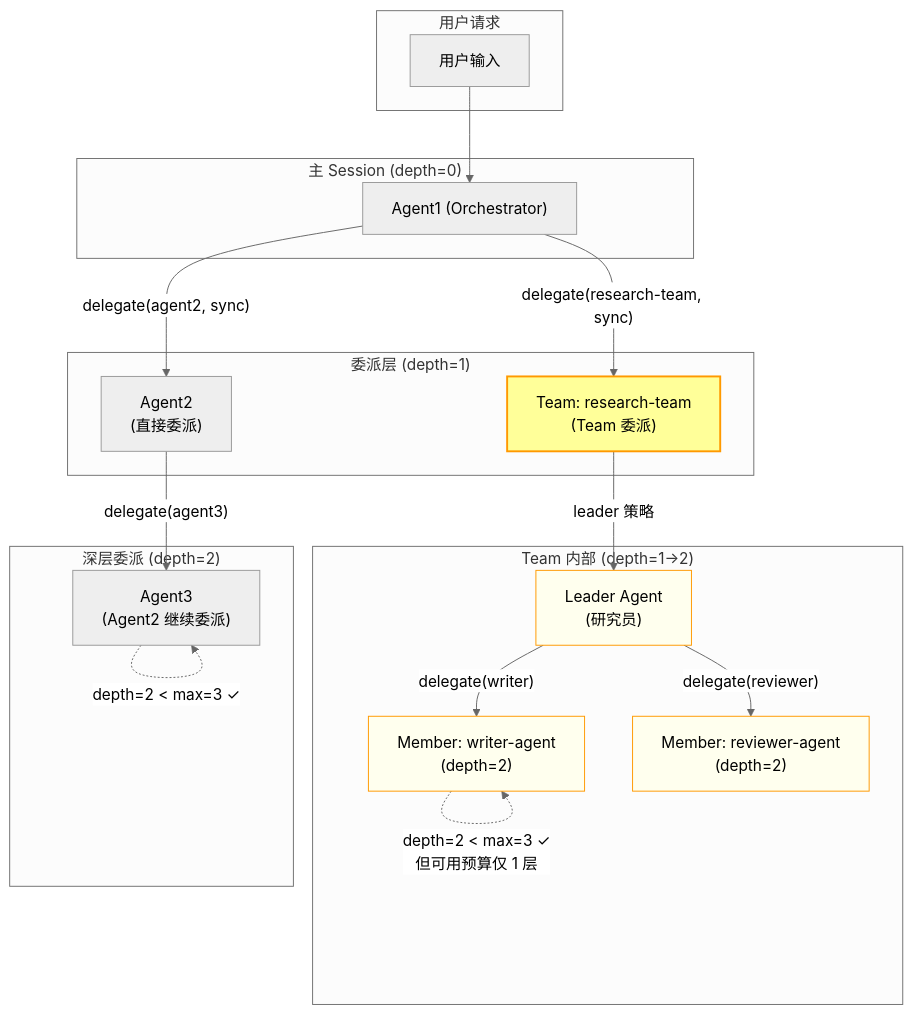
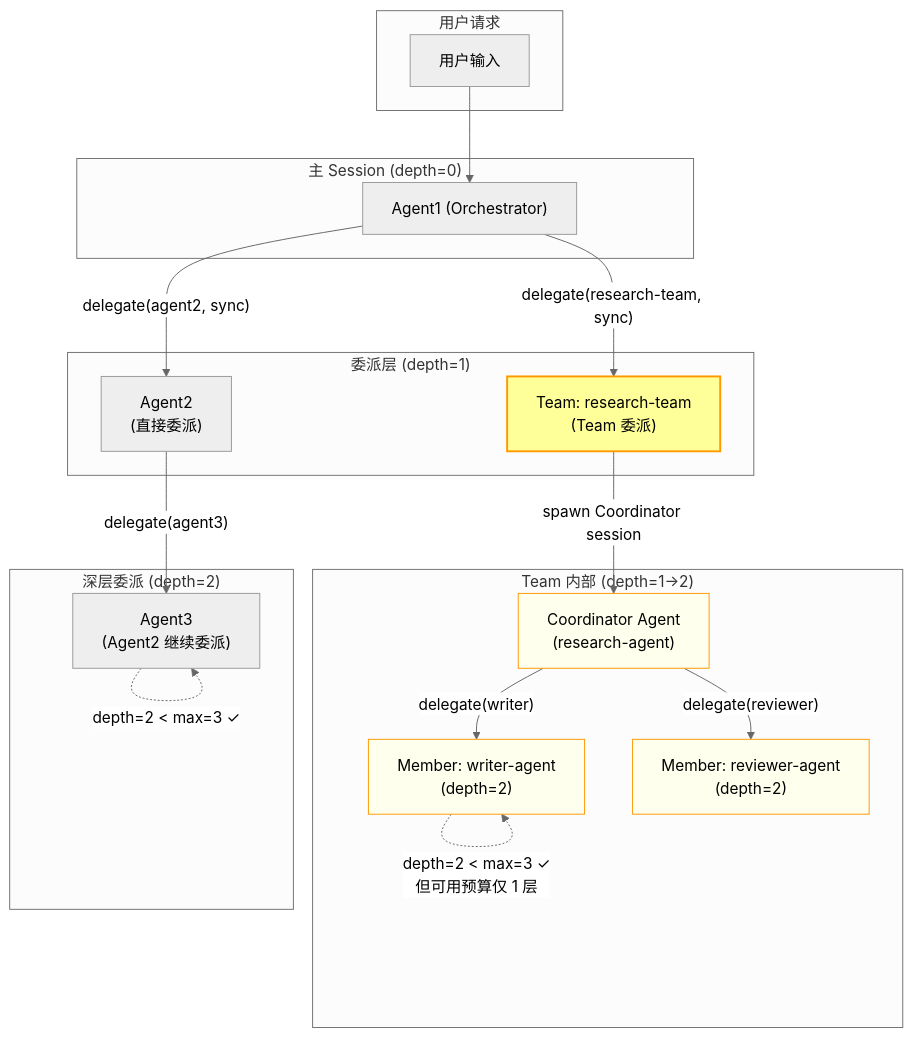
Before and after one commit to SenseTime-FVG/sensenova-claw: the sixth of 6 diagrams in docs/architecture/multi-agent-team-diagrams.md, drawn with Mermaid (neutral theme). The commit also changed other lines of this file and 1 other file, not shown here.

First line of the commit message:
docs: unify team delegation to single Coordinator model

````diff
--- a/docs/architecture/multi-agent-team-diagrams.md
+++ b/docs/architecture/multi-agent-team-diagrams.md
@@ -404,41 +335,41 @@
 ```mermaid
 graph TD
     subgraph 用户请求
         U["用户输入"]
     end
 
     subgraph 主Session["主 Session (depth=0)"]
         A1["Agent1 (Orchestrator)"]
     end
 
     subgraph 委派层1["委派层 (depth=1)"]
         A2["Agent2<br/>(直接委派)"]
         T1["Team: research-team<br/>(Team 委派)"]
     end
 
     subgraph Team内部["Team 内部 (depth=1→2)"]
-        Leader["Leader Agent<br/>(研究员)"]
+        Coord["Coordinator Agent<br/>(research-agent)"]
         M1["Member: writer-agent<br/>(depth=2)"]
         M2["Member: reviewer-agent<br/>(depth=2)"]
     end
 
     subgraph 深层委派["深层委派 (depth=2)"]
         A3["Agent3<br/>(Agent2 继续委派)"]
     end
 
     U --> A1
     A1 -->|"delegate(agent2, sync)"| A2
     A1 -->|"delegate(research-team, sync)"| T1
-    T1 -->|"leader 策略"| Leader
-    Leader -->|"delegate(writer)"| M1
-    Leader -->|"delegate(reviewer)"| M2
+    T1 -->|"spawn Coordinator session"| Coord
+    Coord -->|"delegate(writer)"| M1
+    Coord -->|"delegate(reviewer)"| M2
     A2 -->|"delegate(agent3)"| A3
 
     A3 -.->|"depth=2 < max=3 ✓"| A3
     M1 -.->|"depth=2 < max=3 ✓<br/>但可用预算仅 1 层"| M1
 
     style T1 fill:#ff9,stroke:#f90,stroke-width:2px
-    style Leader fill:#ffe,stroke:#f90
+    style Coord fill:#ffe,stroke:#f90
     style M1 fill:#ffe,stroke:#f90
     style M2 fill:#ffe,stroke:#f90
 ```
````
